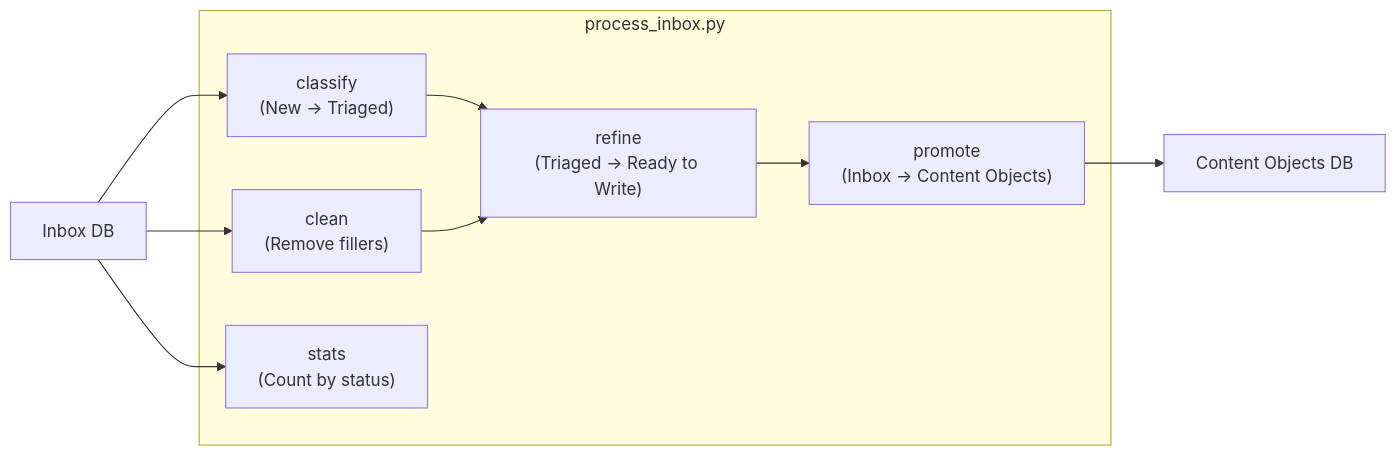
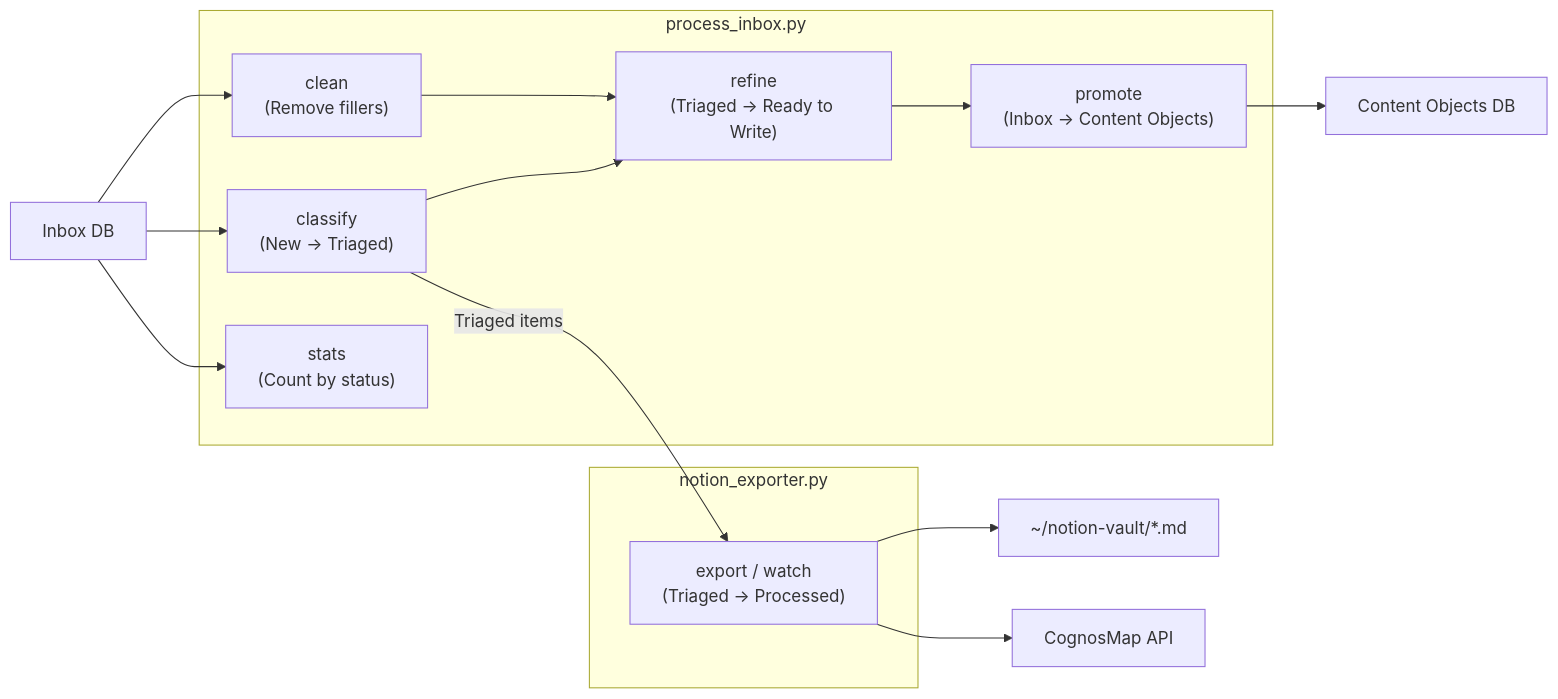
Before and after one commit to NicholasGrijalva/seeker-automations: the second of 3 diagrams in README.md, drawn with Mermaid. The commit also changed other lines of this file and 7 other files, not shown here.

First line of the commit message:
feat: add Notion exporter for CognosMap sync pipeline

````diff
--- a/README.md
+++ b/README.md
@@ -104,18 +121,25 @@
 ```mermaid
 flowchart LR
     subgraph "process_inbox.py"
         CI["classify\n(New -> Triaged)"]
         CLE["clean\n(Remove fillers)"]
         REF["refine\n(Triaged -> Ready to Write)"]
         PRO["promote\n(Inbox -> Content Objects)"]
         ST["stats\n(Count by status)"]
     end
 
+    subgraph "notion_exporter.py"
+        EX["export / watch\n(Triaged -> Processed)"]
+    end
+
     IB2["Inbox DB"] --> CI
     IB2 --> CLE
     CI --> REF
     CLE --> REF
     REF --> PRO
     PRO --> CO2["Content Objects DB"]
     IB2 --> ST
+    CI -->|"Triaged items"| EX
+    EX --> NV2["~/notion-vault/*.md"]
+    EX --> CM2["CognosMap API"]
 ```
````
